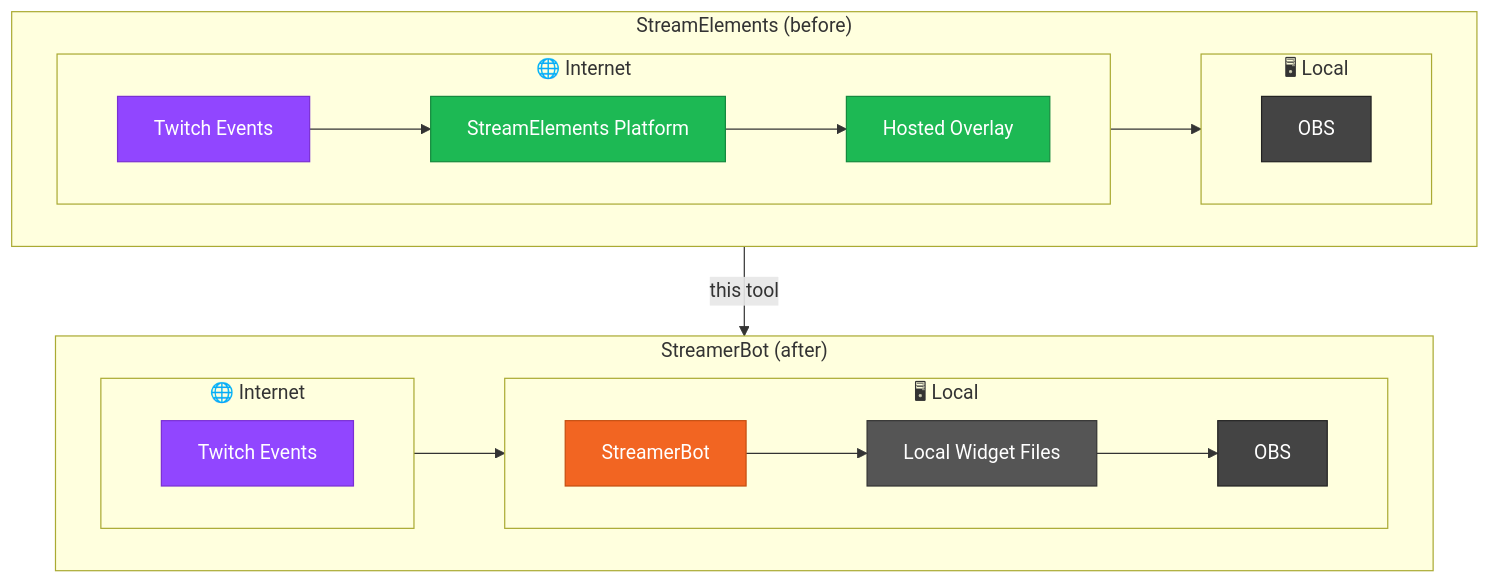
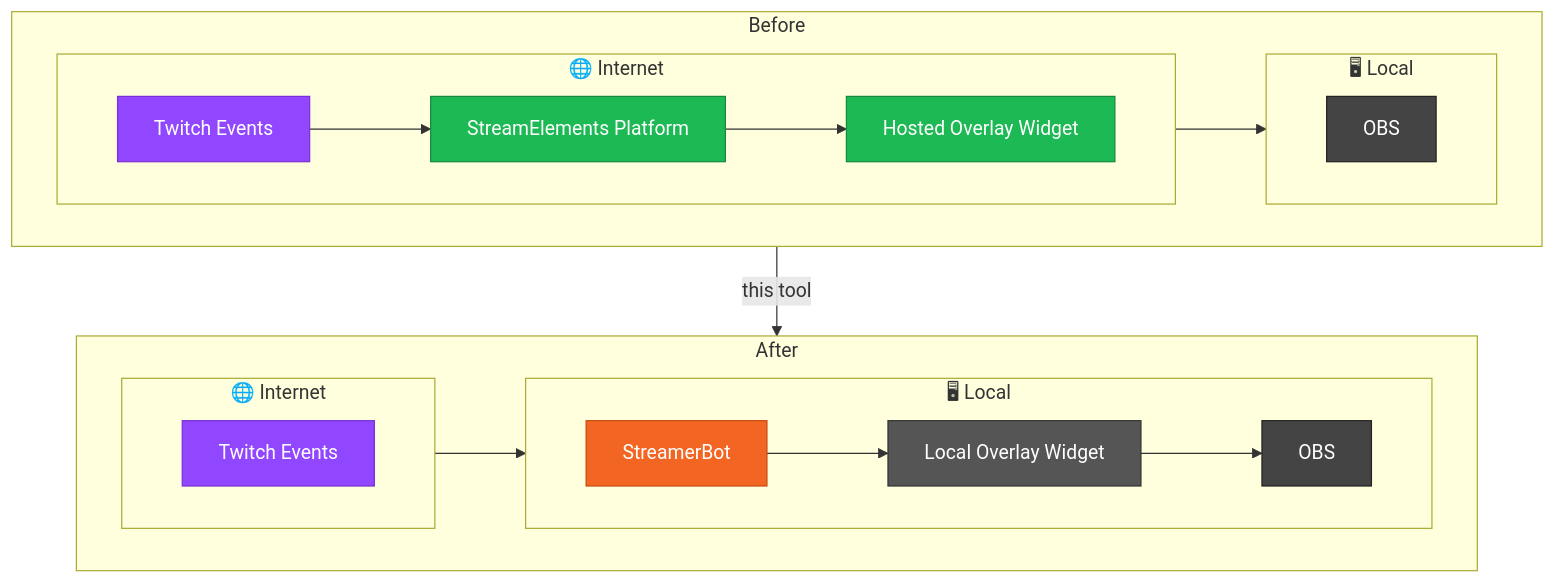
One commit to imAreinieR/SE2SB-Overlay-Migrator changed the diagram in README.md. Above: the diagram before and after it, drawn with Mermaid. The commit also changed other lines of this file, not shown here.

````diff
--- a/README.md
+++ b/README.md
@@ -17,42 +17,42 @@
 ```mermaid
 flowchart TB
     classDef twitch  fill:#9146FF,stroke:#7A2FD4,color:#fff
     classDef se      fill:#1DB954,stroke:#158a3e,color:#fff
     classDef sb      fill:#F26522,stroke:#c44e10,color:#fff
     classDef local   fill:#555,stroke:#333,color:#fff
     classDef obs     fill:#444,stroke:#222,color:#fff
 
-    subgraph SE ["StreamElements (before)"]
+    subgraph SE ["Before"]
         direction LR
         subgraph INET1 ["🌐 Internet"]
             direction LR
-            A[Twitch Events] --> B[StreamElements Platform] --> C[Hosted Overlay]
+            A[Twitch Events] --> B[StreamElements Platform] --> C[Hosted Overlay Widget]
         end
         subgraph LOC1 ["🖥 Local"]
             direction LR
             D[OBS]
         end
         C --> D
     end
 
-    subgraph SB ["StreamerBot (after)"]
+    subgraph SB ["After"]
         direction LR
         subgraph INET2 ["🌐 Internet"]
             direction LR
             E[Twitch Events]
         end
         subgraph LOC2 ["🖥 Local"]
             direction LR
-            F[StreamerBot] --> G[Local Widget Files] --> H[OBS]
+            F[StreamerBot] --> G[Local Overlay Widget] --> H[OBS]
         end
         E --> F
     end
 
     SE -- this tool --> SB
 
     class A,E twitch
     class B,C se
     class F sb
     class G local
     class D,H obs
 ```
````
